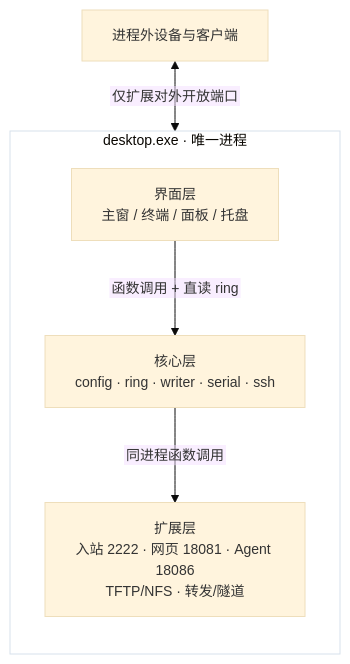
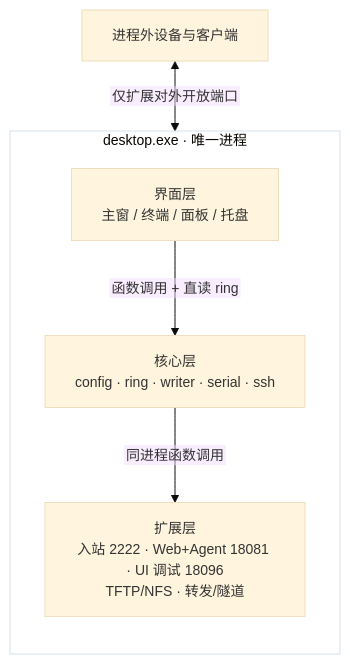
The third of 3 diagrams in docs/架构总览.md (yanggan2015/ssh-bridge-v3), drawn with Mermaid before and after one commit. The commit also changed other lines of this file and 7 other files, not shown here.

````diff
--- a/docs/架构总览.md
+++ b/docs/架构总览.md
@@ -124,16 +125,16 @@
 ```mermaid
 %%{init: {'theme':'base','themeVariables':{'clusterBkg':'#ffffff','clusterBorder':'#d7e1ec','fontFamily':'Microsoft YaHei, sans-serif','fontSize':'14px'},'flowchart':{'htmlLabels':false,'useMaxWidth':true}}}%%
 flowchart TB
   OUT["进程外设备与客户端"]
 
   subgraph EXE["desktop.exe · 唯一进程"]
     direction TB
     UI["界面层<br/>主窗 / 终端 / 面板 / 托盘"]
     CORE["核心层<br/>config · ring · writer · serial · ssh"]
-    SVC["扩展层<br/>入站 2222 · 网页 18081 · Agent 18086<br/>TFTP/NFS · 转发/隧道"]
+    SVC["扩展层<br/>入站 2222 · Web+Agent 18081 · UI 调试 18096<br/>TFTP/NFS · 转发/隧道"]
     UI -->|"函数调用 + 直读 ring"| CORE
     CORE -->|"同进程函数调用"| SVC
   end
 
   OUT <-->|仅扩展对外开放端口| SVC
 ```
````
